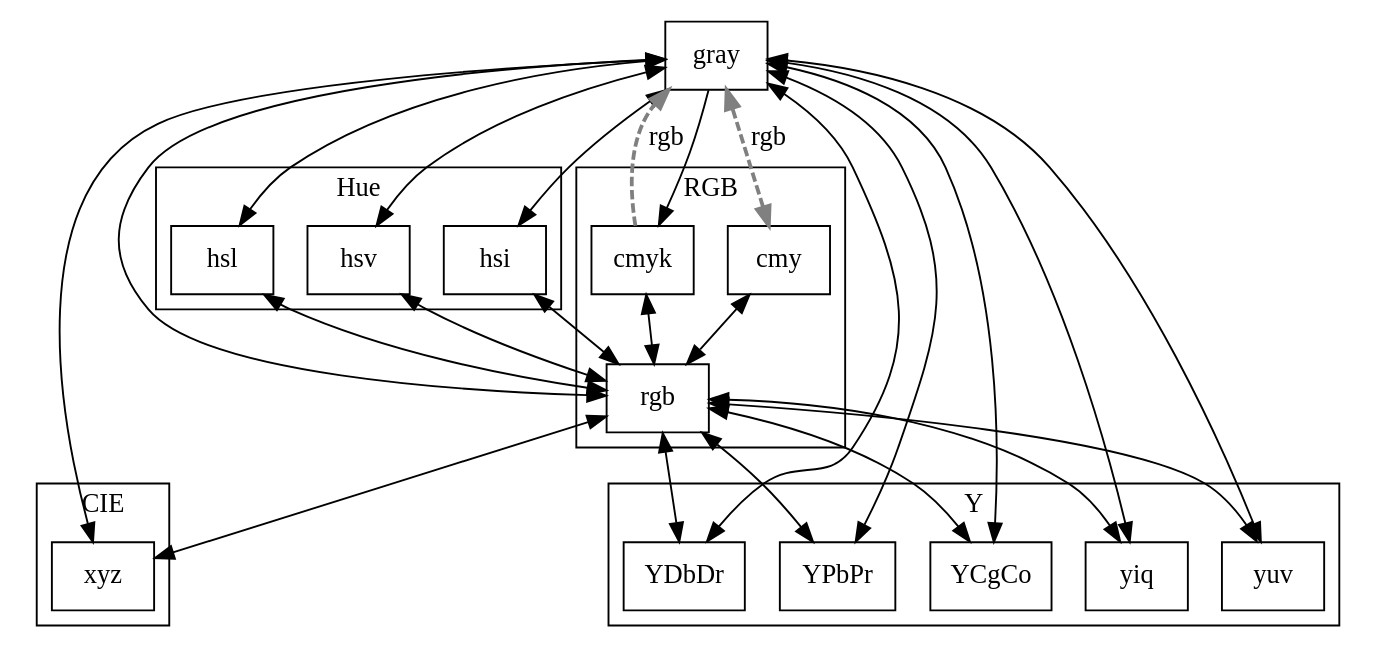
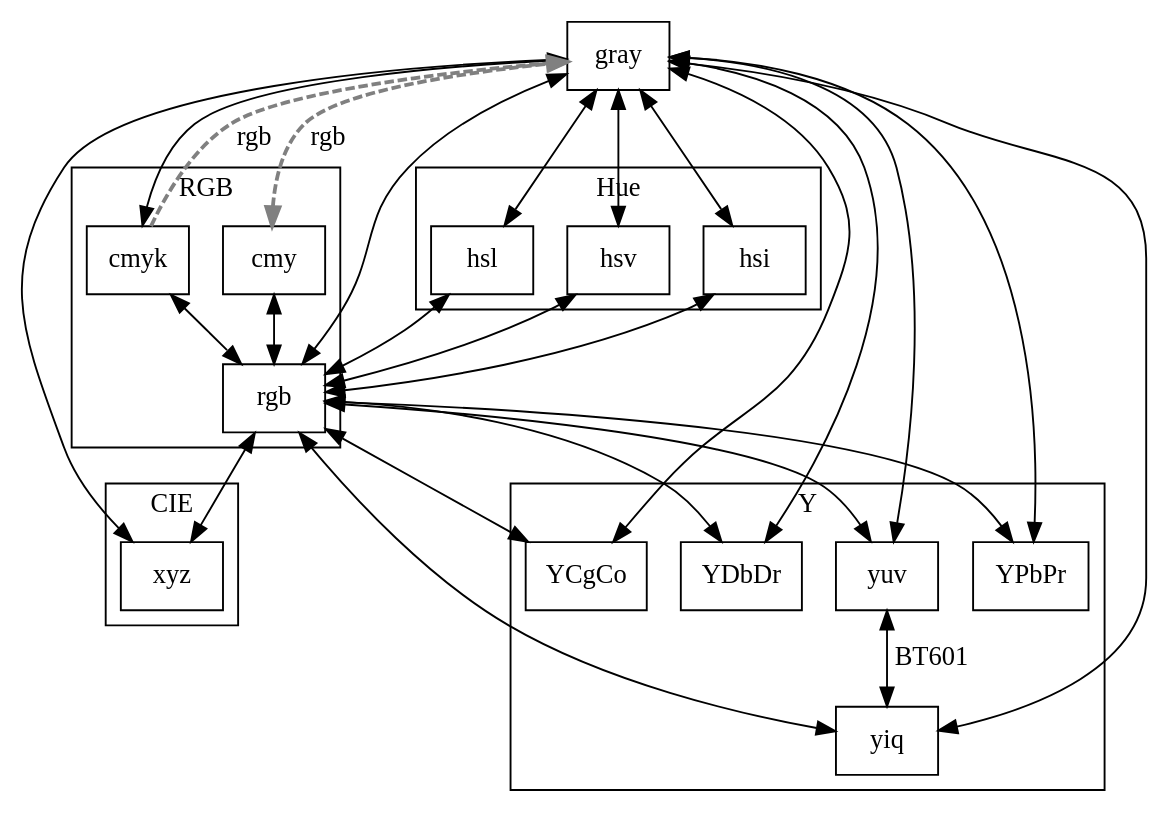
Before and after one commit to dmilos/color: the diagram in doc/gv/conv.gv, drawn with Graphviz. The commit also changed 3 other files, not shown here.

Commit message:
* update: [doc] Conversion graph and image * update: [internal] color.pp2f.hpp

```diff
--- a/doc/gv/conv.gv
+++ b/doc/gv/conv.gv
@@ -1,92 +1,92 @@
 digraph color_conversion {
 	node [ shape ="box" ];
 	//gray [ color=gray, penwidth = 5 ];
 	//rgb [ style=striped , fillcolor="red:green:blue" ];
 
 	cmy  -> gray [ label = "rgb", style=dashed, color=gray, penwidth = 2, dir=both ];
 	cmy  -> rgb  [ label = "", dir=both  ];
 
 	cmyk -> gray[ label = "rgb", style=dashed, color=gray, penwidth = 2, dir=forward ];
 	cmyk -> rgb [ label = "", dir=both ];
 
 	gray -> cmyk [ label = "", dir=forward  ];
 	//gray -> hbw   [ label = "", dir=both  ];
 	gray -> hsi   [ label = "", dir=both ];
 	gray -> hsl   [ label = "", dir=both ];
 	gray -> hsv   [ label = "", dir=both  ];
 	gray -> rgb   [ label = "", dir=both ];
 	gray -> xyz   [ label = "", dir=both ];
 	gray -> YCgCo [ label = "", dir=both ];
 	gray -> YDbDr [ label = "", dir=both ];
 	gray -> yiq   [ label = "", dir=both ];
 	gray -> YPbPr [ label = "", dir=both ];
 	gray -> yuv   [ label = "", dir=both ];
 
 	//hbw  -> hsv[ label = "", dir=both ];
 
 	hsi  -> rgb [ label = "", dir=both ];
 
 	hsl  -> rgb [ label = "", dir=both ];
 
 	hsv  -> rgb [ label = "", dir=both ];
 
 	rgb -> xyz   [ label = "", dir=both ];
 	rgb -> YCgCo [ label = "", dir=both ];
 	rgb -> YDbDr [ label = "", dir=both ];
 	rgb -> yiq   [ label = "", dir=both ];
 	rgb -> YPbPr [ label = "", dir=both ];
 	rgb -> yuv   [ label = "", dir=both ];
 
 	//xyz -> Hunter  [ label = "", dir=both ];
 	//xyz -> xyY     [ label = "", dir=both ];
 	//xyz -> Lab     [ label = "", dir=both ];
 	//xyz -> Luv     [ label = "", dir=both ];
 	//xyz -> LMS     [ label = "", dir=both ];
 	//Lab -> LCHab   [ label = "", dir=both ];
 	//Luv -> LCHub   [ label = "", dir=both ];
 
 	//yuv -> yuv   [ label = "", dir=both ];
-	//yuv -> yiq   [ label = "601", dir=both ];
+	yuv -> yiq   [ label = "BT601", dir=both ];
 
 	subgraph cluster_hue
 	{
 		label = "Hue";
 		//node [ ] hbw;
 		node [ ] hsi;
 		node [ ] hsl;
 		node [ ] hsv;
 	}
 
 	subgraph cluster_Y
 	{
 		label = "Y";
 		node [ ] YCgCo;
 		node [ ] YDbDr;
 		node [ ] yiq  ;
 		node [ ] YPbPr;
 		node [ ] yuv  ;
 	}
 
 	subgraph cluster_CIE
 	{
 		label = "CIE";
 		node [ ] xyz;
 		//node [ ] Hunter;
 		//node [ ] xyY;
 		//node [ ] Lab;
 		//node [ ] Luv;
 		//node [ ] LMS;
 		//node [ ] LCHab;
 		//node [ ] LCHub;
 	}
 
 	subgraph cluster_RGB
 	{
 		label = "RGB";
 		node [ ] cmy;
 		node [ ] rgb;
 		node [ ] cmyk;
 	}
 
 
 }
```
